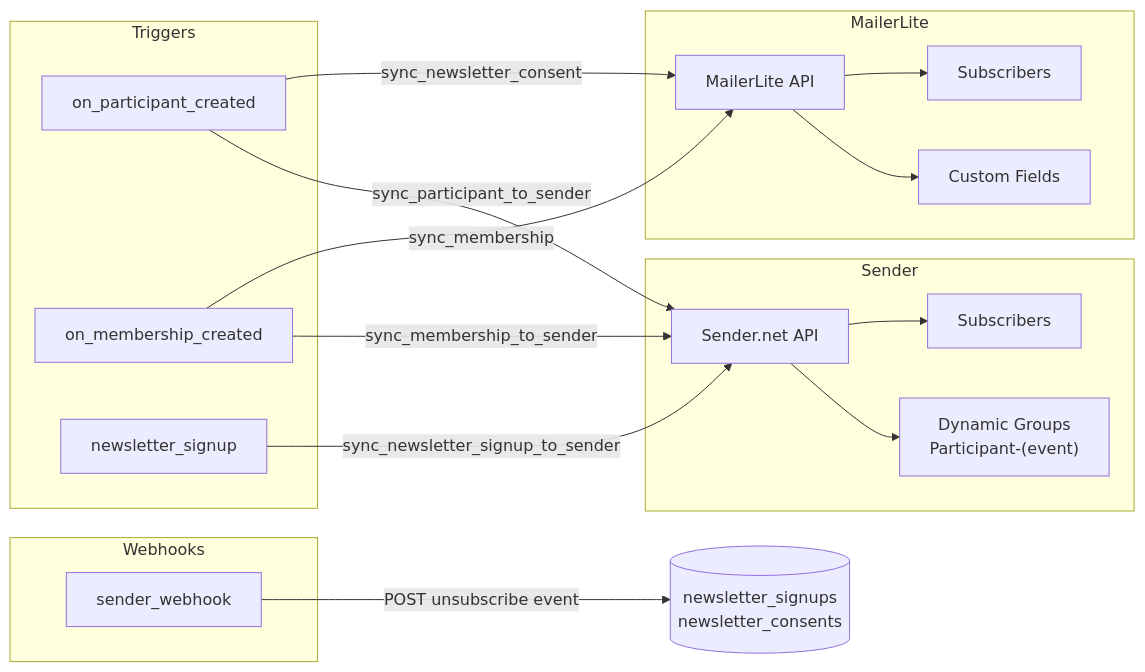
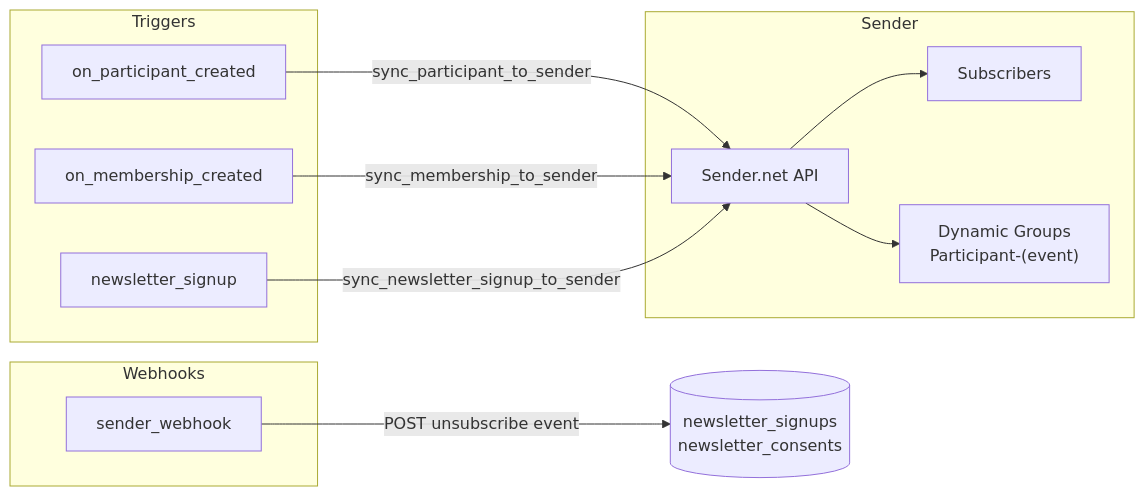
Diagram 30 of 35 in mcp-backend/BACKEND_USE_CASES.md (Vittorix99/mcp-website), drawn with Mermaid before and after one commit. The commit also changed other lines of this file and 180 other files, not shown here.

````diff
--- a/mcp-backend/BACKEND_USE_CASES.md
+++ b/mcp-backend/BACKEND_USE_CASES.md
@@ -1137,34 +1145,24 @@
 ```mermaid
 flowchart LR
     subgraph Triggers
         A[on_participant_created]
         B[on_membership_created]
         C[newsletter_signup]
     end
     subgraph Webhooks
         D[sender_webhook]
     end
-    subgraph MailerLite
-        ML_API[MailerLite API]
-        ML_Subs[Subscribers]
-        ML_Fields[Custom Fields]
-    end
     subgraph Sender
         SN_API[Sender.net API]
         SN_Subs[Subscribers]
         SN_Groups["Dynamic Groups<br/>Participant-(event)"]
     end
-
-    A -->|sync_newsletter_consent| ML_API
-    B -->|sync_membership| ML_API
-    ML_API --> ML_Subs
-    ML_API --> ML_Fields
 
     A -->|sync_participant_to_sender| SN_API
     B -->|sync_membership_to_sender| SN_API
     C -->|sync_newsletter_signup_to_sender| SN_API
     SN_API --> SN_Subs
     SN_API --> SN_Groups
 
     D -->|POST unsubscribe event| DB[(newsletter_signups<br/>newsletter_consents)]
 ```
````
